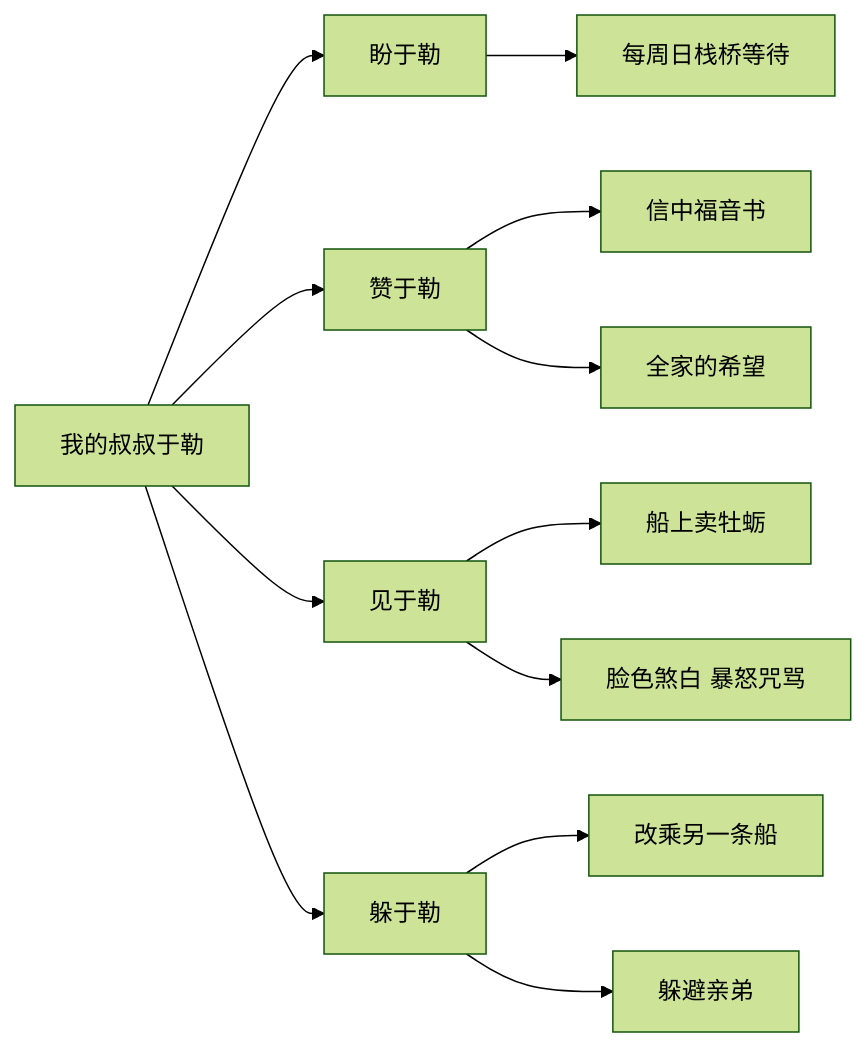
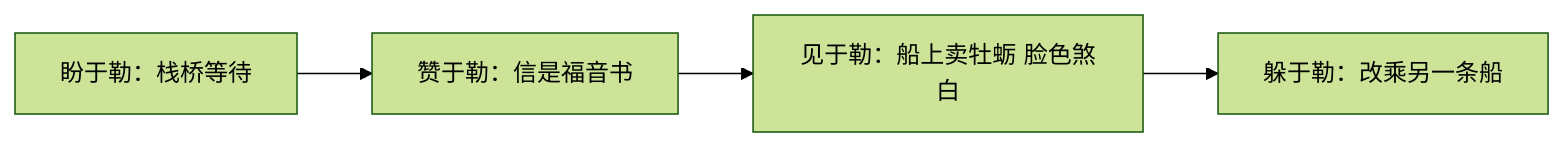
The first of 2 diagrams in content/chinese/grade9-1/ch4/t2/note.md (moirakk/beijing-study-portal), drawn with Mermaid (forest theme) before and after one commit. The commit also changed other lines of this file and 6 other files, not shown here.

Commit message:
content: chinese 9a mermaid diagrams

````diff
--- a/content/chinese/grade9-1/ch4/t2/note.md
+++ b/content/chinese/grade9-1/ch4/t2/note.md
@@ -26,14 +26,6 @@
 ```mermaid
 flowchart LR
-    A[我的叔叔于勒] --> B[盼于勒]
-    A --> C[赞于勒]
-    A --> D[见于勒]
-    A --> E[躲于勒]
-    B --> B1[每周日栈桥等待]
-    C --> C1[信中福音书]
-    C --> C2[全家的希望]
-    D --> D1[船上卖牡蛎]
-    D --> D2[脸色煞白 暴怒咒骂]
-    E --> E1[改乘另一条船]
-    E --> E2[躲避亲弟]
+    A[盼于勒：栈桥等待] --> B[赞于勒：信是福音书]
+    B --> C[见于勒：船上卖牡蛎 脸色煞白]
+    C --> D[躲于勒：改乘另一条船]
 ```
````
